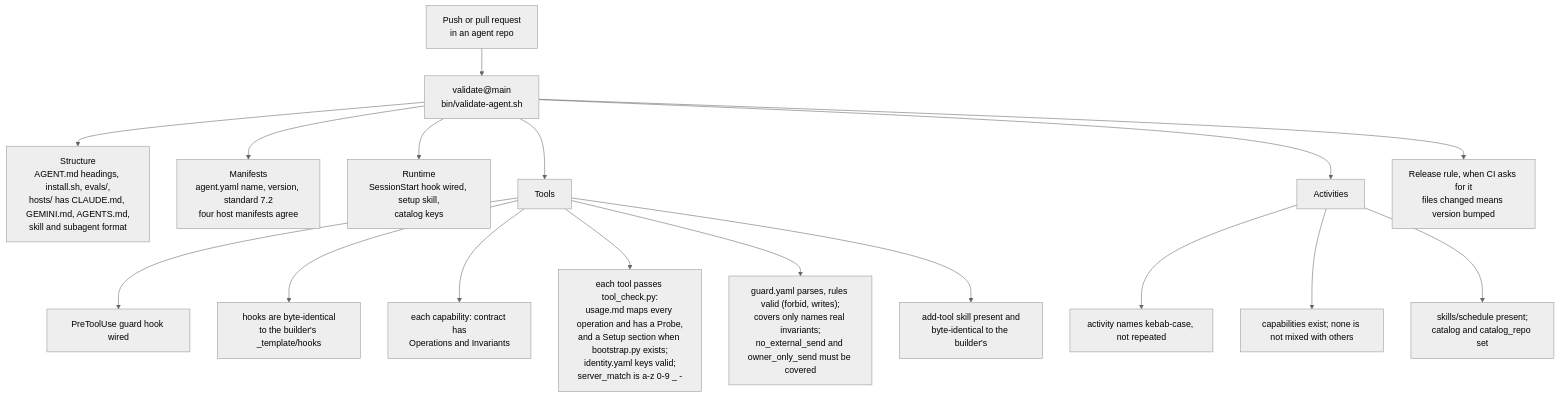
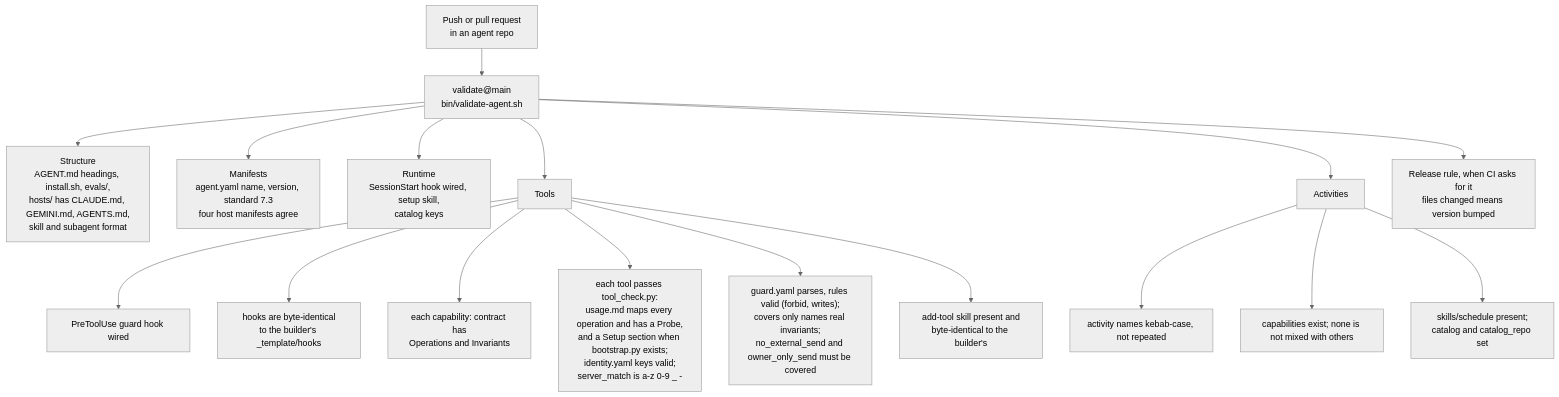
The second of 6 diagrams in docs/how-it-works.md (webspenser/agent-builder), drawn with Mermaid (neutral theme) before and after one commit. The commit also changed other lines of this file and 12 other files, not shown here.

Commit message:
chore: Agent Standard 7.3 (builder 7.3.0)

````diff
--- a/docs/how-it-works.md
+++ b/docs/how-it-works.md
@@ -205,19 +205,19 @@
 ```mermaid
 flowchart TD
   S["Push or pull request<br/>in an agent repo"] --> V["validate@main<br/>bin/validate-agent.sh"]
   V --> ST["Structure<br/>AGENT.md headings, install.sh, evals/,<br/>hosts/ has CLAUDE.md, GEMINI.md, AGENTS.md,<br/>skill and subagent format"]
-  V --> MF["Manifests<br/>agent.yaml name, version, standard 7.2<br/>four host manifests agree"]
+  V --> MF["Manifests<br/>agent.yaml name, version, standard 7.3<br/>four host manifests agree"]
   V --> RT["Runtime<br/>SessionStart hook wired, setup skill,<br/>catalog keys"]
   V --> TL["Tools"]
   V --> AC["Activities"]
   V --> BU["Release rule, when CI asks for it<br/>files changed means version bumped"]
   TL --> T1["PreToolUse guard hook wired"]
   TL --> T2["hooks are byte-identical<br/>to the builder's _template/hooks"]
   TL --> T3["each capability: contract has<br/>Operations and Invariants"]
   TL --> T4["each tool passes tool_check.py:<br/>usage.md maps every operation and has a Probe,<br/>and a Setup section when bootstrap.py exists;<br/>identity.yaml keys valid;<br/>server_match is a-z 0-9 _ -"]
   TL --> T5["guard.yaml parses, rules valid (forbid, writes);<br/>covers only names real invariants;<br/>no_external_send and owner_only_send must be covered"]
   TL --> T6["add-tool skill present and<br/>byte-identical to the builder's"]
   AC --> A1["activity names kebab-case, not repeated"]
   AC --> A2["capabilities exist; none is not mixed with others"]
   AC --> A3["skills/schedule present;<br/>catalog and catalog_repo set"]
 ```
````
